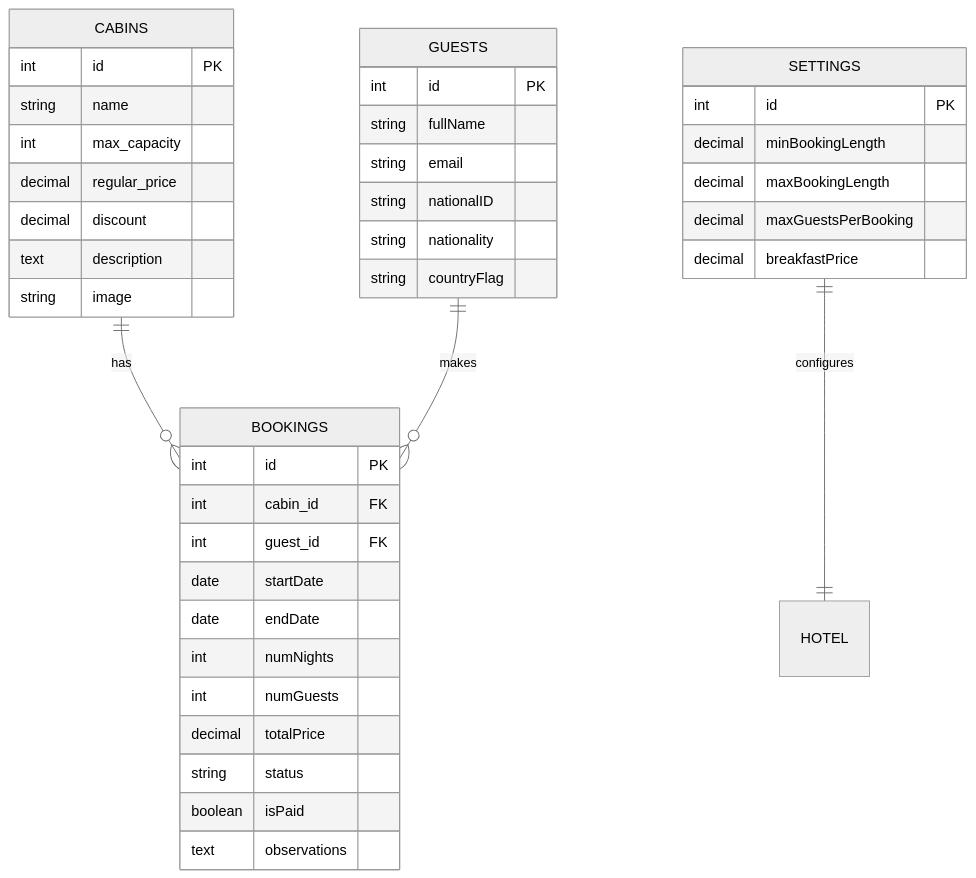
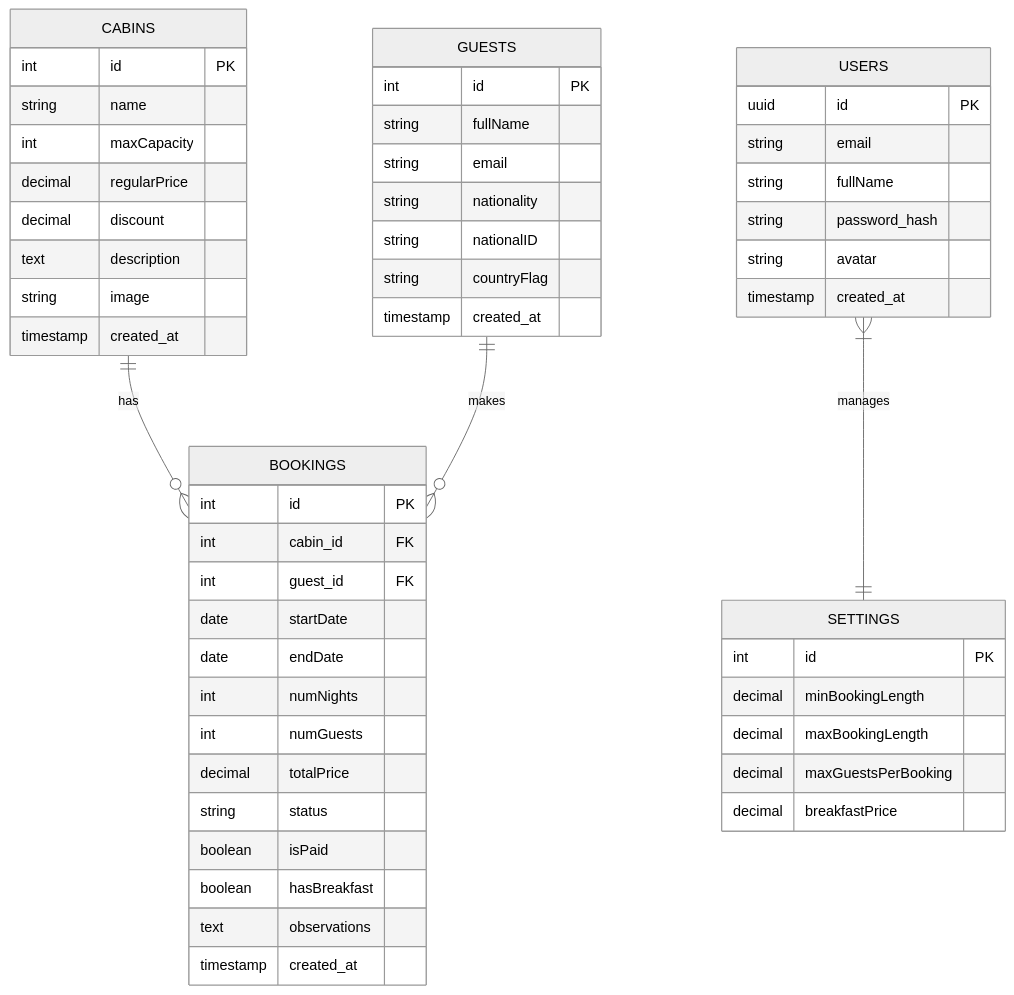
The diagram in docs/database.md (Barath-07-tech/codebase_doc), drawn with Mermaid (neutral theme) before and after one commit. The commit also changed other lines of this file and 5 other files, not shown here.

````diff
--- a/docs/database.md
+++ b/docs/database.md
@@ -12,47 +15,60 @@
 ```mermaid
 erDiagram
     CABINS ||--o{ BOOKINGS : has
     GUESTS ||--o{ BOOKINGS : makes
-    SETTINGS ||--|| HOTEL : configures
+    USERS }|--|| SETTINGS : manages
 
     CABINS {
         int id PK
         string name
-        int max_capacity
-        decimal regular_price
+        int maxCapacity
+        decimal regularPrice
         decimal discount
         text description
         string image
+        timestamp created_at
     }
 
     BOOKINGS {
         int id PK
         int cabin_id FK
         int guest_id FK
         date startDate
         date endDate
         int numNights
         int numGuests
         decimal totalPrice
         string status
         boolean isPaid
+        boolean hasBreakfast
         text observations
+        timestamp created_at
     }
 
     GUESTS {
         int id PK
         string fullName
         string email
+        string nationality
         string nationalID
-        string nationality
         string countryFlag
+        timestamp created_at
+    }
+
+    USERS {
+        uuid id PK
+        string email
+        string fullName
+        string password_hash
+        string avatar
+        timestamp created_at
     }
 
     SETTINGS {
         int id PK
         decimal minBookingLength
         decimal maxBookingLength
         decimal maxGuestsPerBooking
         decimal breakfastPrice
     }
 ```
````
